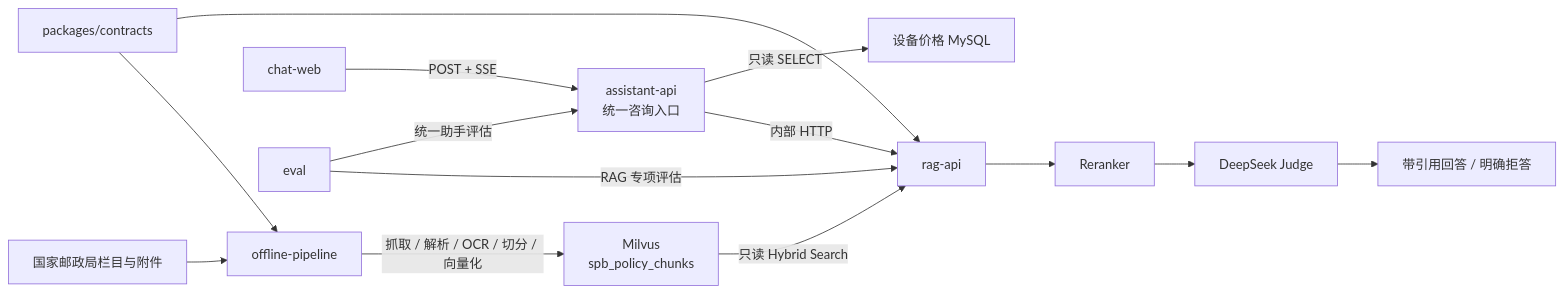
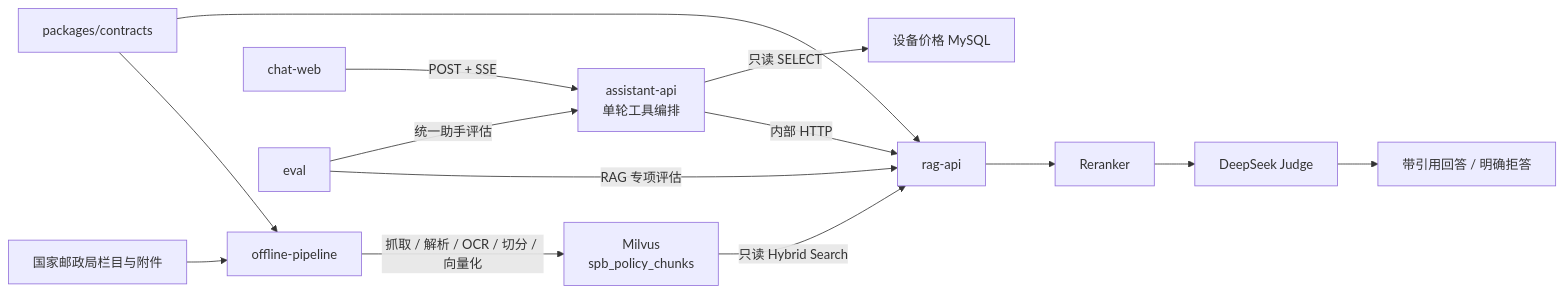
The diagram in README.md (wwbotww/Intern26-spb), drawn with Mermaid before and after one commit. The commit also changed other lines of this file and 11 other files, not shown here.

````diff
--- a/README.md
+++ b/README.md
@@ -31,17 +31,17 @@
 ```mermaid
 flowchart LR
     S["国家邮政局栏目与附件"] --> O["offline-pipeline"]
     O -->|"抓取 / 解析 / OCR / 切分 / 向量化"| M["Milvus<br/>spb_policy_chunks"]
     C["packages/contracts"] --> O
     C --> R["rag-api"]
     M -->|"只读 Hybrid Search"| R
     R --> B["Reranker"]
     B --> J["DeepSeek Judge"]
     J --> G["带引用回答 / 明确拒答"]
     W["chat-web"] -->|"POST + SSE"| A
     E["eval"] -->|"RAG 专项评估"| R
     E -->|"统一助手评估"| A
-    A["assistant-api<br/>统一咨询入口"]
+    A["assistant-api<br/>单轮工具编排"]
     A -->|"内部 HTTP"| R
     A -->|"只读 SELECT"| Q["设备价格 MySQL"]
 ```
````
